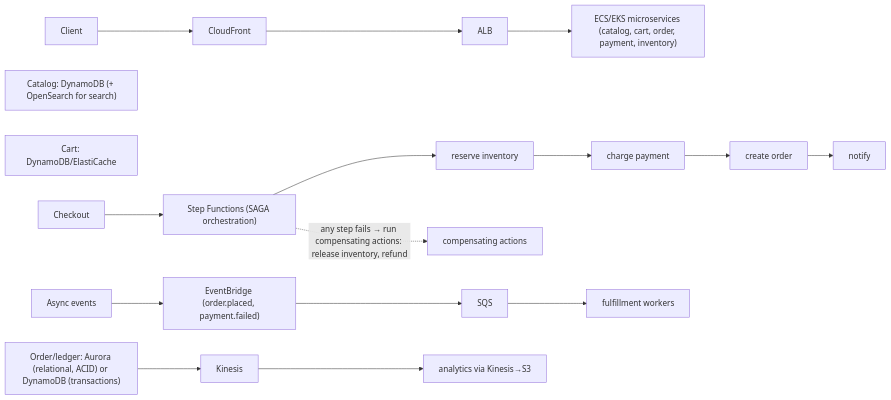
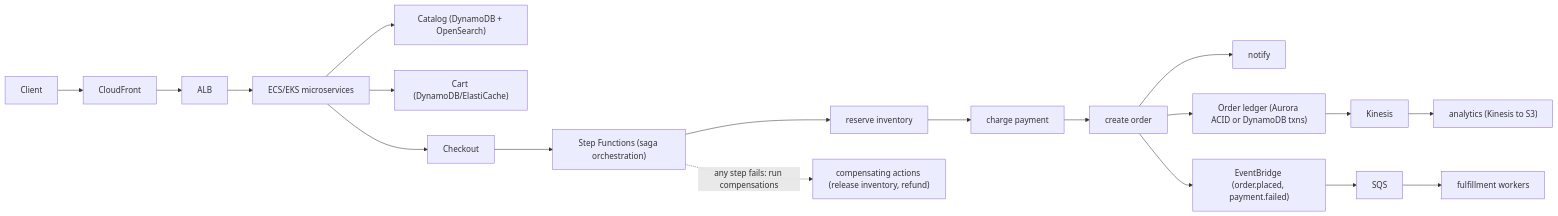
Before and after one commit to PaulSayantan/grokking-interview: the fifth of 7 diagrams in topics/system-design/aws-reference-architectures/concepts.md, drawn with Mermaid. The commit also changed other lines of this file and 61 other files, not shown here.

````diff
--- a/topics/system-design/aws-reference-architectures/concepts.md
+++ b/topics/system-design/aws-reference-architectures/concepts.md
@@ -286,11 +291,14 @@
 ```mermaid
 flowchart LR
-    Client --> CF[CloudFront] --> ALB --> Micro["ECS/EKS microservices (catalog, cart, order, payment, inventory)"]
-    Catalog["Catalog: DynamoDB (+ OpenSearch for search)"]
-    Cart["Cart: DynamoDB/ElastiCache"]
-    Checkout --> SF["Step Functions (SAGA orchestration)"]
+    Client --> CF[CloudFront] --> ALB --> Micro["ECS/EKS microservices"]
+    Micro --> Catalog["Catalog (DynamoDB + OpenSearch)"]
+    Micro --> Cart["Cart (DynamoDB/ElastiCache)"]
+    Micro --> Checkout["Checkout"]
+    Checkout --> SF["Step Functions (saga orchestration)"]
     SF --> Reserve["reserve inventory"] --> Charge["charge payment"] --> CreateOrder["create order"] --> Notify[notify]
-    SF -.->|"any step fails → run compensating actions: release inventory, refund"| Compensate["compensating actions"]
-    AsyncEvents["Async events"] --> EB["EventBridge (order.placed, payment.failed)"] --> SQS --> Fulfill["fulfillment workers"]
-    Ledger["Order/ledger: Aurora (relational, ACID) or DynamoDB (transactions)"] --> Kinesis --> S3["analytics via Kinesis→S3"]
+    SF -.->|"any step fails: run compensations"| Compensate["compensating actions (release inventory, refund)"]
+    CreateOrder --> Ledger["Order ledger (Aurora ACID or DynamoDB txns)"]
+    CreateOrder --> EB["EventBridge (order.placed, payment.failed)"]
+    EB --> SQS --> Fulfill["fulfillment workers"]
+    Ledger --> Kinesis --> S3["analytics (Kinesis to S3)"]
 ```
````
